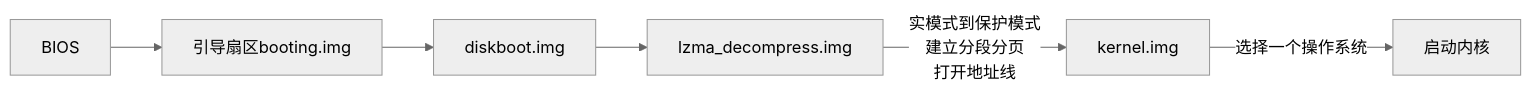
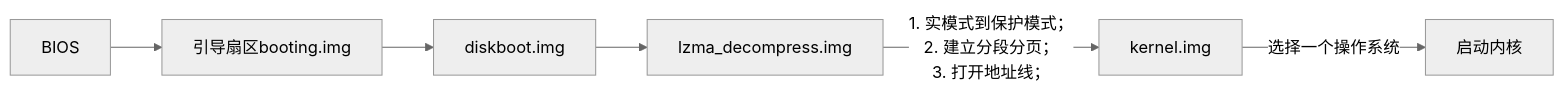
One commit to ideolty/Interview changed the diagram in Linux.md. Above: the diagram before and after it, drawn with Mermaid (neutral theme). The commit also changed other lines of this file and 4 other files, not shown here.

````diff
--- a/Linux.md
+++ b/Linux.md
@@ -99,9 +99,9 @@
 ```mermaid
 graph LR
 BIOS --> 引导扇区booting.img --> diskboot.img --> lzma_decompress.img -- 
-"实模式到保护模式
-建立分段分页
-打开地址线"
+"1. 实模式到保护模式；
+ 2. 建立分段分页；
+ 3. 打开地址线；"
 --> kernel.img -- 选择一个操作系统 --> 启动内核
 
 ```
````
